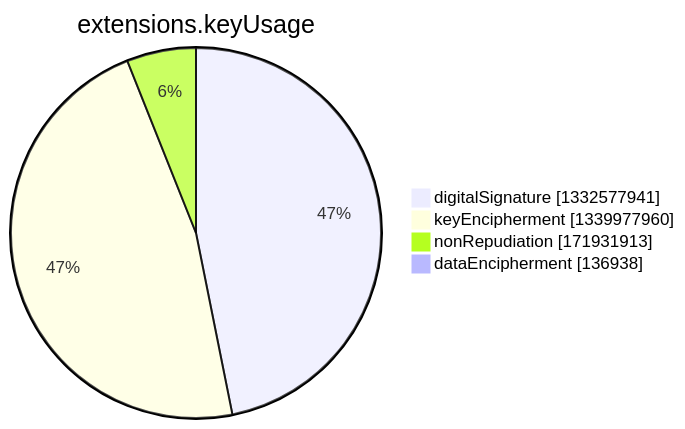
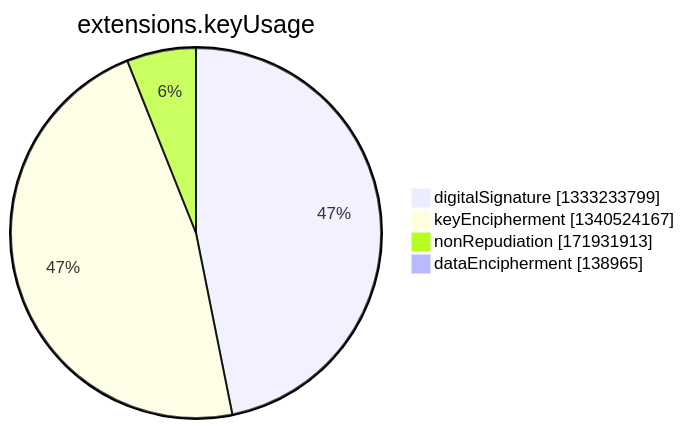
The seventh of 15 diagrams in argon2022/README.md (christiankrug/ctmonitor_visualization), drawn with Mermaid before and after one commit. The commit also changed other lines of this file, not shown here.

````diff
--- a/argon2022/README.md
+++ b/argon2022/README.md
@@ -2750,8 +2750,8 @@
 ```mermaid
 pie showData
 title extensions.keyUsage
-"digitalSignature" :1332577941
-"keyEncipherment" :1339977960
+"digitalSignature" :1333233799
+"keyEncipherment" :1340524167
 "nonRepudiation" :171931913
-"dataEncipherment" :136938
+"dataEncipherment" :138965
 ```
````
